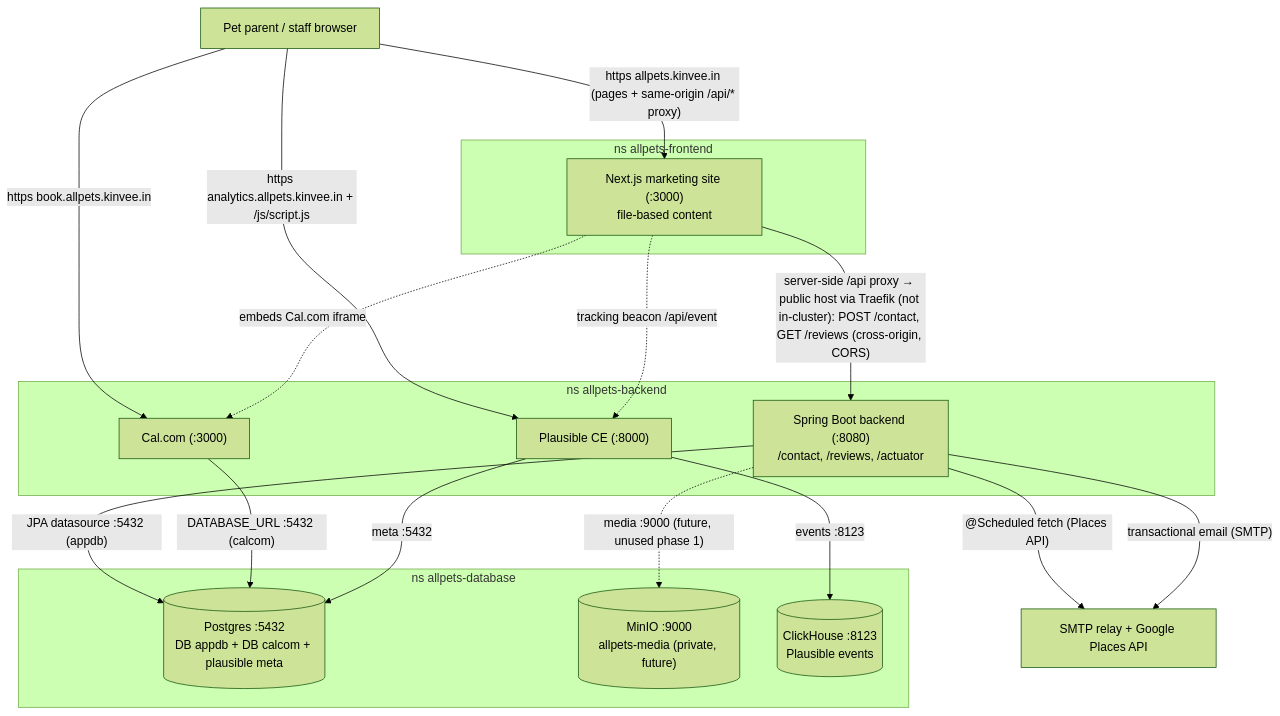
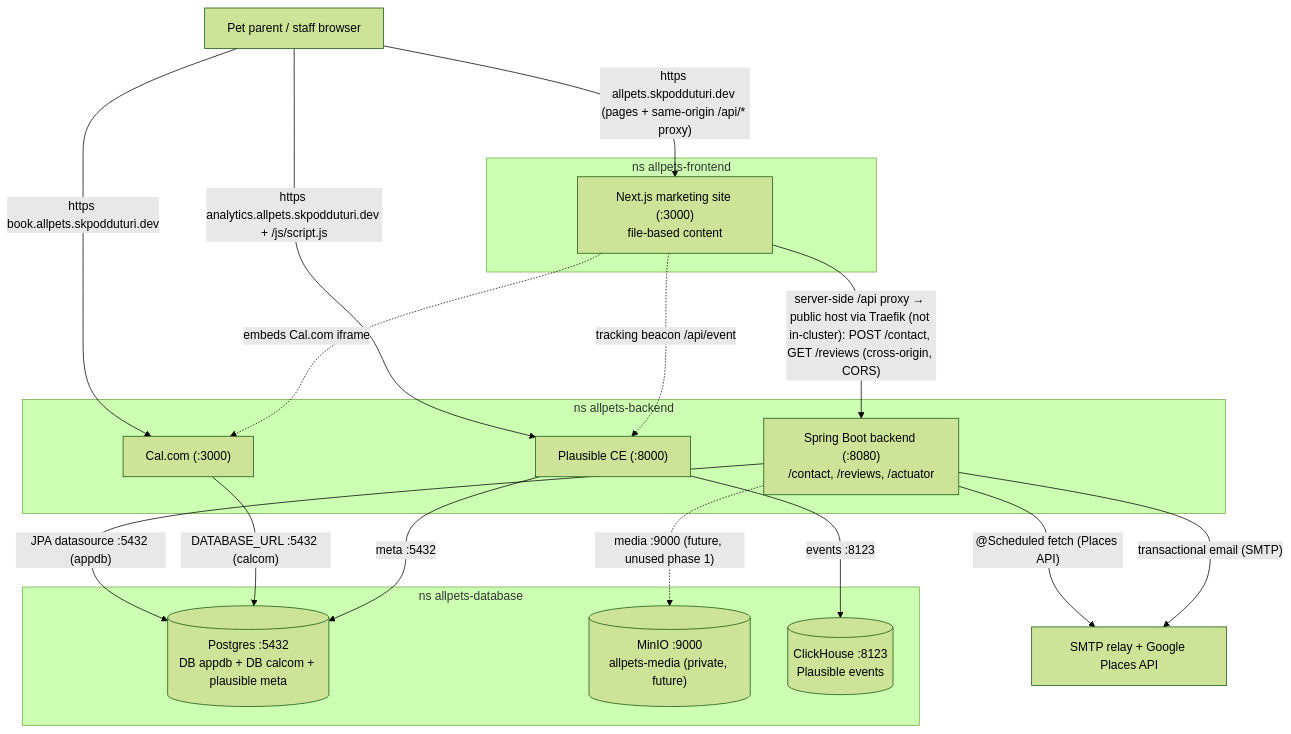
One commit to gimballock-1/allpets-backend changed the diagram in planning/lld-backend.md. Above: the diagram before and after it, drawn with Mermaid (forest theme). The commit also changed other lines of this file and 22 other files, not shown here.

First line of the commit message:
chore(domain): pivot backend to allpets.skpodduturi.dev (Cloudflare) (#193)

````diff
--- a/planning/lld-backend.md
+++ b/planning/lld-backend.md
@@ -36,35 +36,35 @@
 ```mermaid
 flowchart TB
     visitor["Pet parent / staff browser"]
 
     subgraph fe["ns allpets-frontend"]
         site["Next.js marketing site (:3000)<br/>file-based content"]
     end
     subgraph be["ns allpets-backend"]
         api["Spring Boot backend (:8080)<br/>/contact, /reviews, /actuator"]
         calcom["Cal.com (:3000)"]
         plausible["Plausible CE (:8000)"]
     end
     subgraph db["ns allpets-database"]
         pg[("Postgres :5432<br/>DB appdb + DB calcom + plausible meta")]
         minio[("MinIO :9000<br/>allpets-media (private, future)")]
         ch[("ClickHouse :8123<br/>Plausible events")]
     end
     external["SMTP relay + Google Places API"]
 
-    visitor -->|"https allpets.kinvee.in (pages + same-origin /api/* proxy)"| site
+    visitor -->|"https allpets.skpodduturi.dev (pages + same-origin /api/* proxy)"| site
     site -->|"server-side /api proxy → public host via Traefik (not in-cluster): POST /contact, GET /reviews (cross-origin, CORS)"| api
-    visitor -->|"https book.allpets.kinvee.in"| calcom
-    visitor -->|"https analytics.allpets.kinvee.in + /js/script.js"| plausible
+    visitor -->|"https book.allpets.skpodduturi.dev"| calcom
+    visitor -->|"https analytics.allpets.skpodduturi.dev + /js/script.js"| plausible
 
     site -. "embeds Cal.com iframe" .-> calcom
     site -. "tracking beacon /api/event" .-> plausible
 
     api -->|"JPA datasource :5432 (appdb)"| pg
     api -. "media :9000 (future, unused phase 1)" .-> minio
     api -->|"@Scheduled fetch (Places API)"| external
     api -->|"transactional email (SMTP)"| external
     calcom -->|"DATABASE_URL :5432 (calcom)"| pg
     plausible -->|"meta :5432"| pg
     plausible -->|"events :8123"| ch
 ```
````
